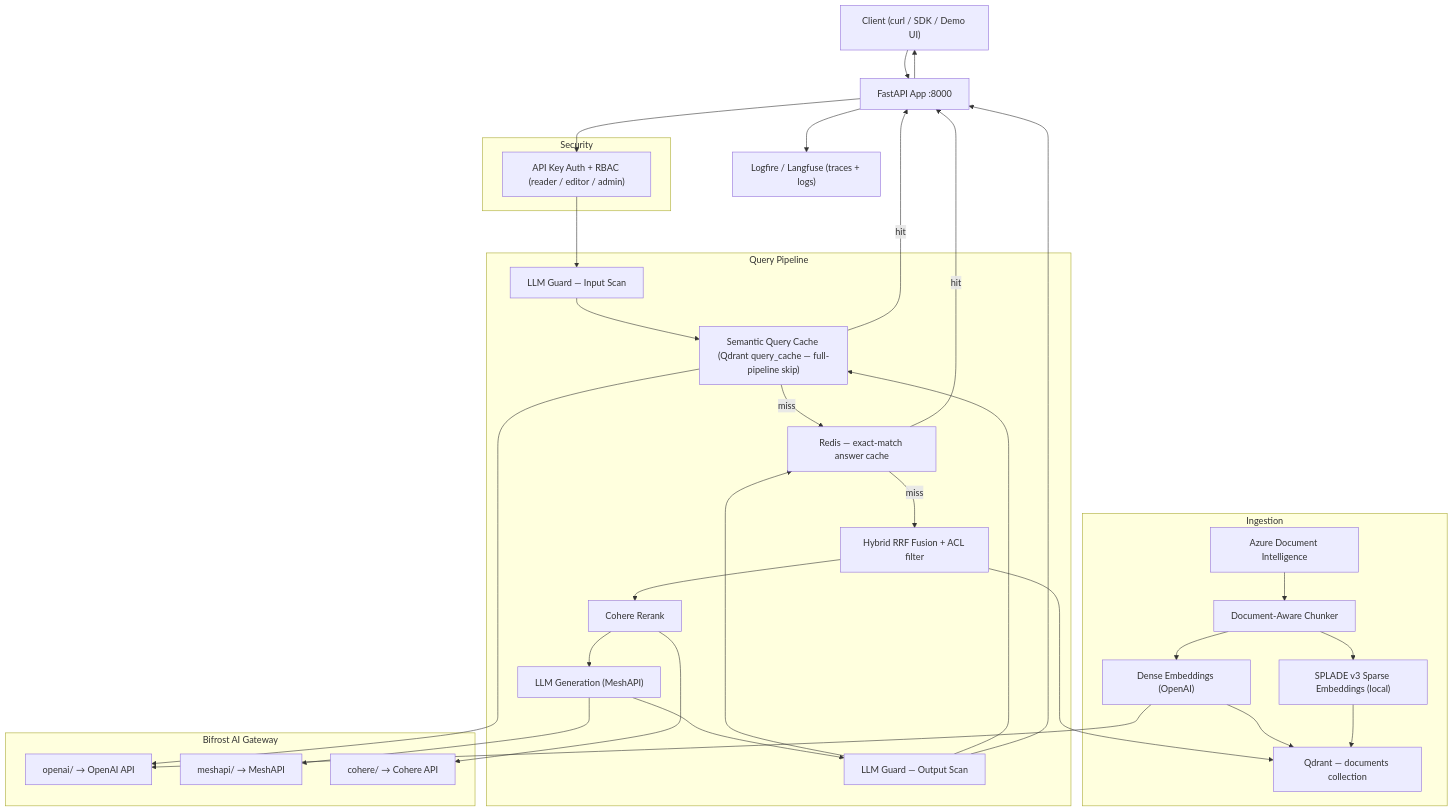
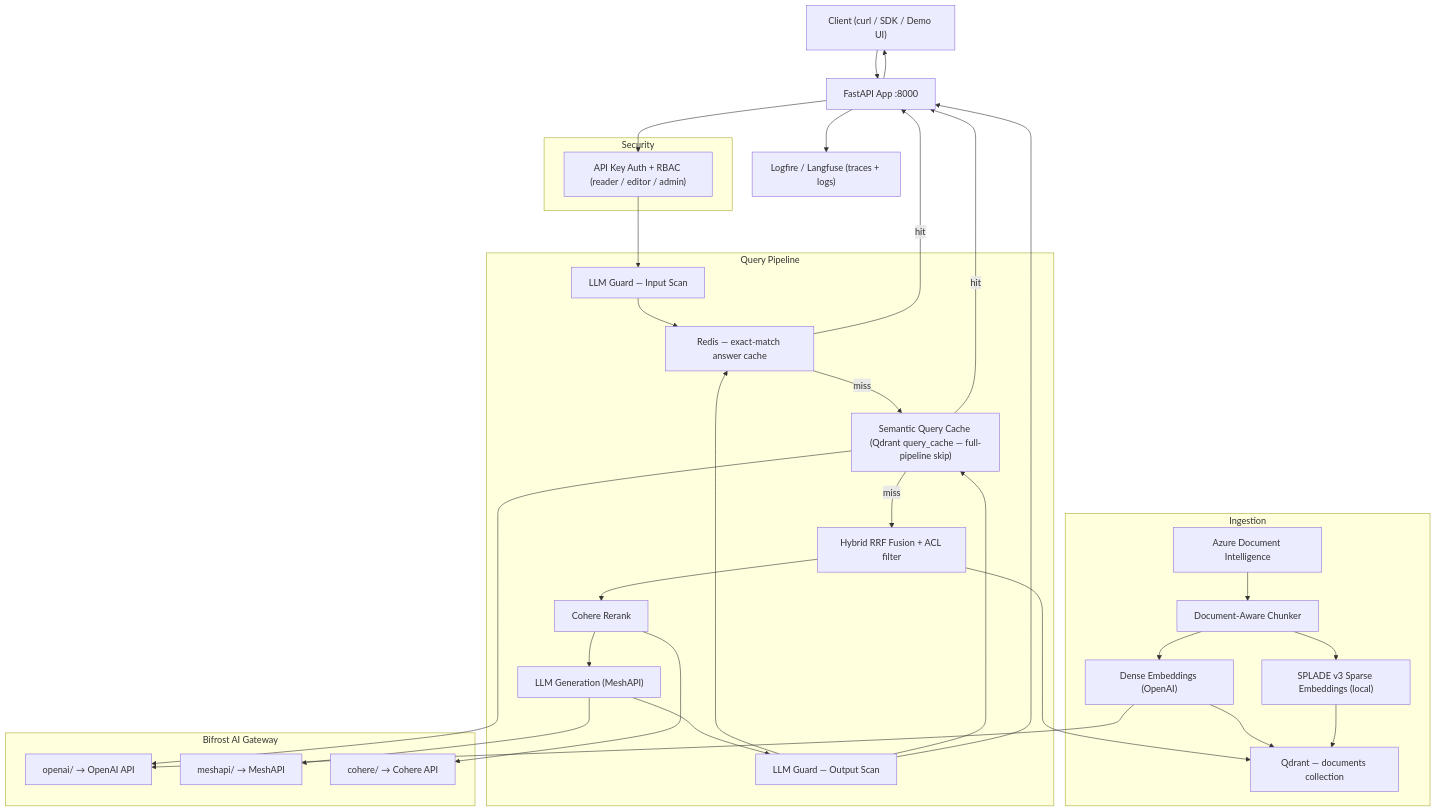
One commit to Murtuzasaifee/RAG-Hackathon changed the diagram in README.md. Above: the diagram before and after it, drawn with Mermaid. The commit also changed other lines of this file and 1 other file, not shown here.

Commit message:
fix(cache): check Redis exact-match before semantic cache to avoid unnecessary embed call on identical queries

````diff
--- a/README.md
+++ b/README.md
@@ -11,59 +11,59 @@
 ```mermaid
 graph TB
     Client["Client (curl / SDK / Demo UI)"]
     App["FastAPI App :8000"]
     Logfire["Logfire / Langfuse (traces + logs)"]
 
     subgraph Ingestion
         ADI["Azure Document Intelligence"]
         Chunker["Document-Aware Chunker"]
         DenseEmb["Dense Embeddings (OpenAI)"]
         SparseEmb["SPLADE v3 Sparse Embeddings (local)"]
         QdrantDocs["Qdrant — documents collection"]
     end
 
     subgraph Query Pipeline
         GuardIn["LLM Guard — Input Scan"]
         SemanticCache["Semantic Query Cache (Qdrant query_cache — full-pipeline skip)"]
         Redis["Redis — exact-match answer cache"]
         Hybrid["Hybrid RRF Fusion + ACL filter"]
         Reranker["Cohere Rerank"]
         Generator["LLM Generation (MeshAPI)"]
         GuardOut["LLM Guard — Output Scan"]
     end
 
     subgraph Security
         Auth["API Key Auth + RBAC (reader / editor / admin)"]
     end
 
     subgraph Bifrost["Bifrost AI Gateway"]
         BifrostOpenAI["openai/ → OpenAI API"]
         BifrostMeshAPI["meshapi/ → MeshAPI"]
         BifrostCohere["cohere/ → Cohere API"]
     end
 
     Client --> App
     App --> Auth
     Auth --> GuardIn
-    GuardIn --> SemanticCache
-    SemanticCache -->|"miss"| Redis
-    Redis -->|"miss"| Hybrid
+    GuardIn --> Redis
+    Redis -->|"hit"| App
+    Redis -->|"miss"| SemanticCache
+    SemanticCache -->|"hit"| App
+    SemanticCache -->|"miss"| Hybrid
     Hybrid --> Reranker --> Generator --> GuardOut
     GuardOut --> Redis
     GuardOut --> SemanticCache
-    SemanticCache -->|"hit"| App
-    Redis -->|"hit"| App
     GuardOut --> App
     App --> Client
 
     ADI --> Chunker --> DenseEmb --> QdrantDocs
     Chunker --> SparseEmb --> QdrantDocs
     Hybrid --> QdrantDocs
 
     SemanticCache --> BifrostOpenAI
     DenseEmb --> BifrostOpenAI
     Reranker --> BifrostCohere
     Generator --> BifrostMeshAPI
 
     App --> Logfire
   ```
````
